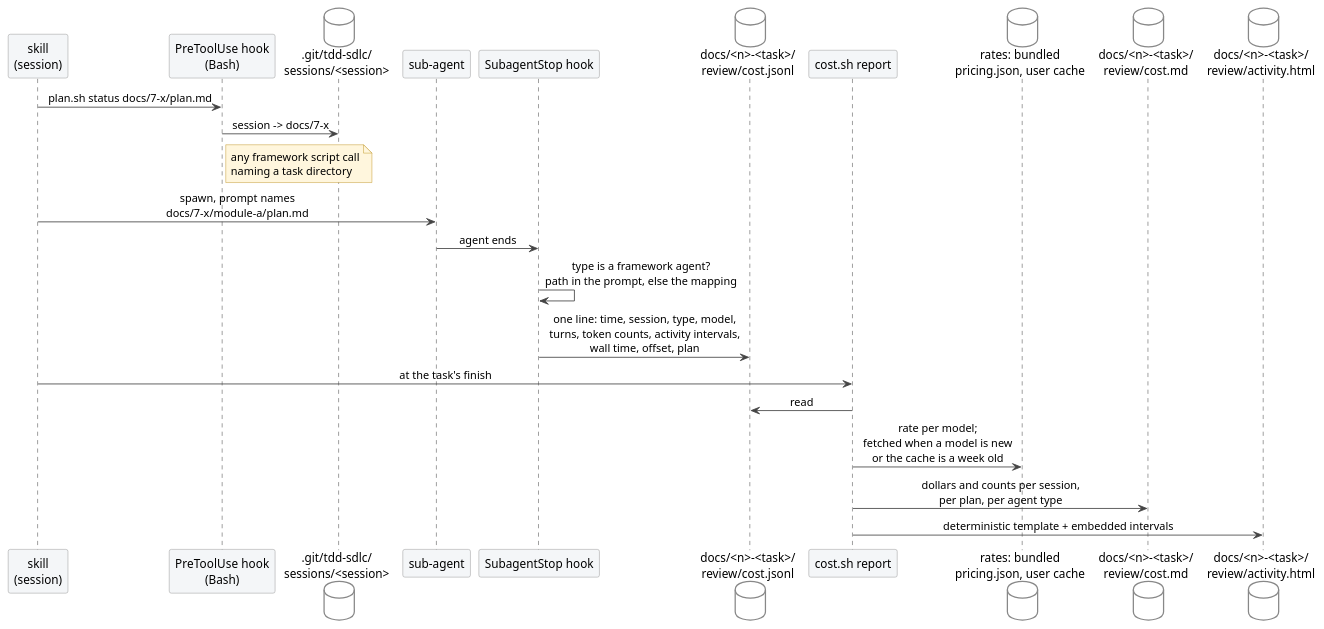
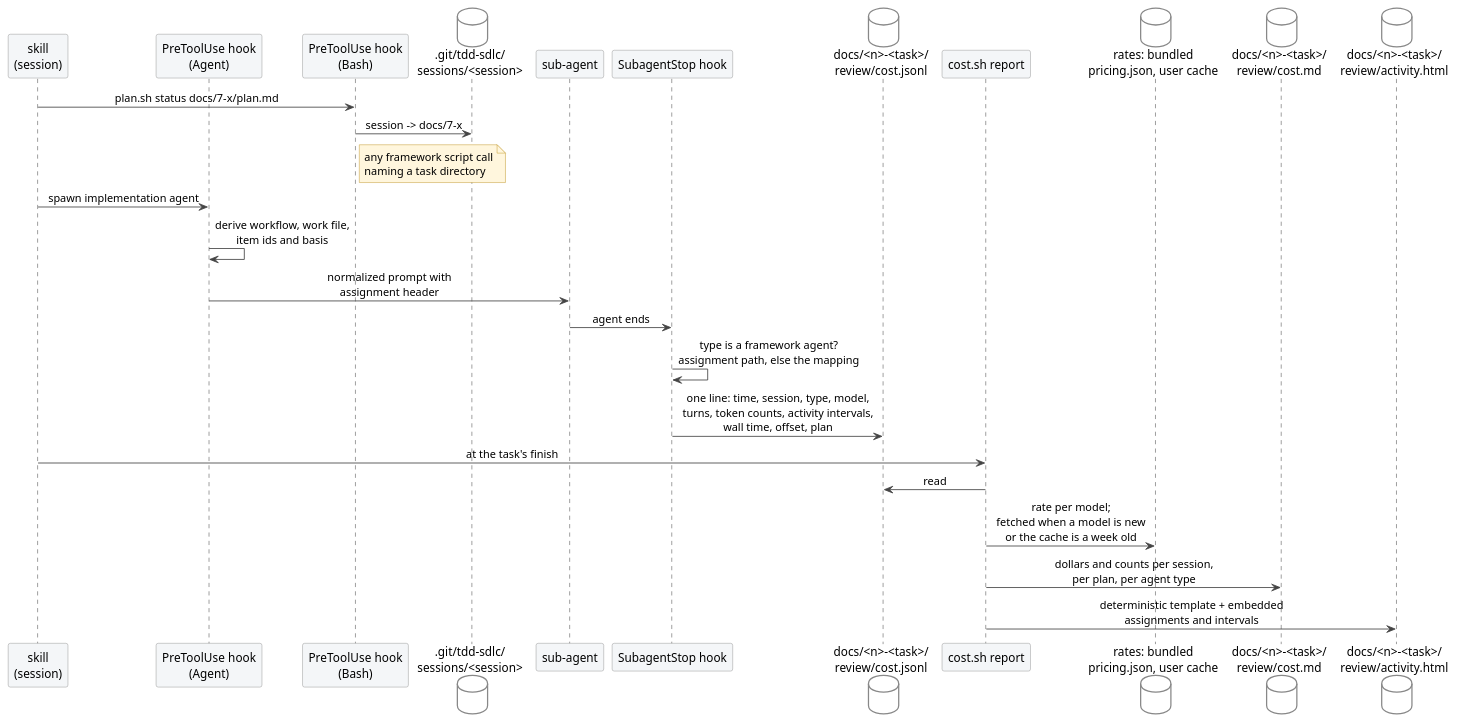
The diagram in docs/diagrams/cost-flow.puml (ds-usova/tdd-sdlc), drawn with PlantUML before and after one commit. The commit also changed 28 other files, not shown here.

```diff
--- a/docs/diagrams/cost-flow.puml
+++ b/docs/diagrams/cost-flow.puml
@@ -1,45 +1,48 @@
 @startuml cost-flow
 skinparam defaultFontName Helvetica
 skinparam shadowing false
 skinparam ArrowColor #444
 skinparam sequenceMessageAlign center
 skinparam participant {
   BackgroundColor #F4F6F8
   BorderColor #888
 }
 skinparam database {
   BackgroundColor #FFFFFF
   BorderColor #888
 }
 skinparam note {
   BackgroundColor #FFF6DD
   BorderColor #B8860B
 }
 
 participant "skill\n(session)" as S
+participant "PreToolUse hook\n(Agent)" as ASSIGN
 participant "PreToolUse hook\n(Bash)" as PRE
 database ".git/tdd-sdlc/\nsessions/<session>" as MAP
 participant "sub-agent" as A
 participant "SubagentStop hook" as STOP
 database "docs/<n>-<task>/\nreview/cost.jsonl" as JSONL
 participant "cost.sh report" as REP
 database "rates: bundled\npricing.json, user cache" as RATES
 database "docs/<n>-<task>/\nreview/cost.md" as MD
 database "docs/<n>-<task>/\nreview/activity.html" as HTML
 
 S -> PRE : plan.sh status docs/7-x/plan.md
 PRE -> MAP : session -> docs/7-x
 note right of PRE
   any framework script call
   naming a task directory
 end note
-S -> A : spawn, prompt names\ndocs/7-x/module-a/plan.md
+S -> ASSIGN : spawn implementation agent
+ASSIGN -> ASSIGN : derive workflow, work file,\nitem ids and basis
+ASSIGN -> A : normalized prompt with\nassignment header
 A -> STOP : agent ends
-STOP -> STOP : type is a framework agent?\npath in the prompt, else the mapping
+STOP -> STOP : type is a framework agent?\nassignment path, else the mapping
 STOP -> JSONL : one line: time, session, type, model,\nturns, token counts, activity intervals,\nwall time, offset, plan
 S -> REP : at the task's finish
 REP -> JSONL : read
 REP -> RATES : rate per model;\nfetched when a model is new\nor the cache is a week old
 REP -> MD : dollars and counts per session,\nper plan, per agent type
-REP -> HTML : deterministic template + embedded intervals
+REP -> HTML : deterministic template + embedded\nassignments and intervals
 @enduml
```
